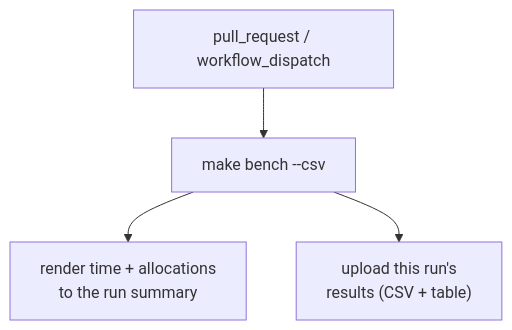
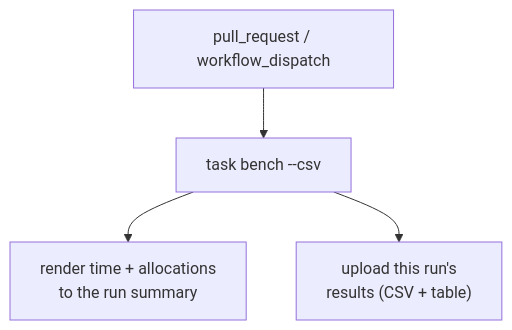
One commit to AlexaDeWit/Ecluse changed the second of 2 diagrams in docs/architecture/performance.md. Above: the diagram before and after it, drawn with Mermaid. The commit also changed other lines of this file and 21 other files, not shown here.

First line of the commit message:
refactor(core): migrate orchestration from Make to Task (#569)

````diff
--- a/docs/architecture/performance.md
+++ b/docs/architecture/performance.md
@@ -94,6 +94,6 @@
 ```mermaid
 flowchart TD
-    Trigger["pull_request / workflow_dispatch"] --> Run["make bench --csv"]
+    Trigger["pull_request / workflow_dispatch"] --> Run["task bench --csv"]
     Run --> Summary["render time + allocations<br/>to the run summary"]
     Run --> Artifact["upload this run's<br/>results (CSV + table)"]
 ```
````
